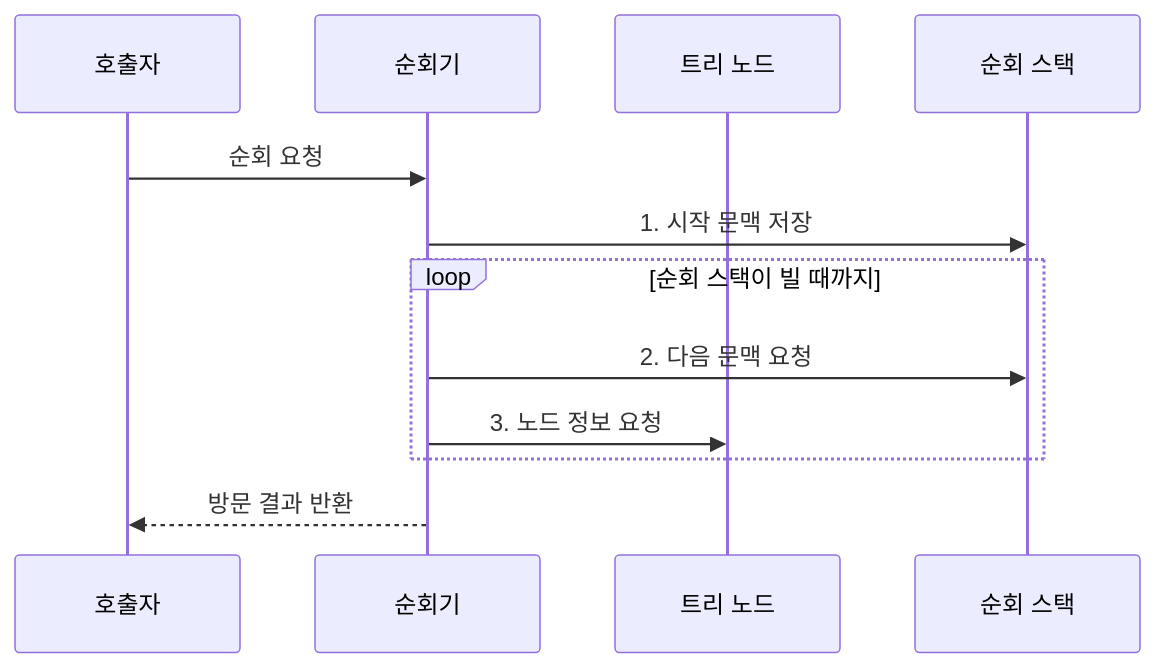
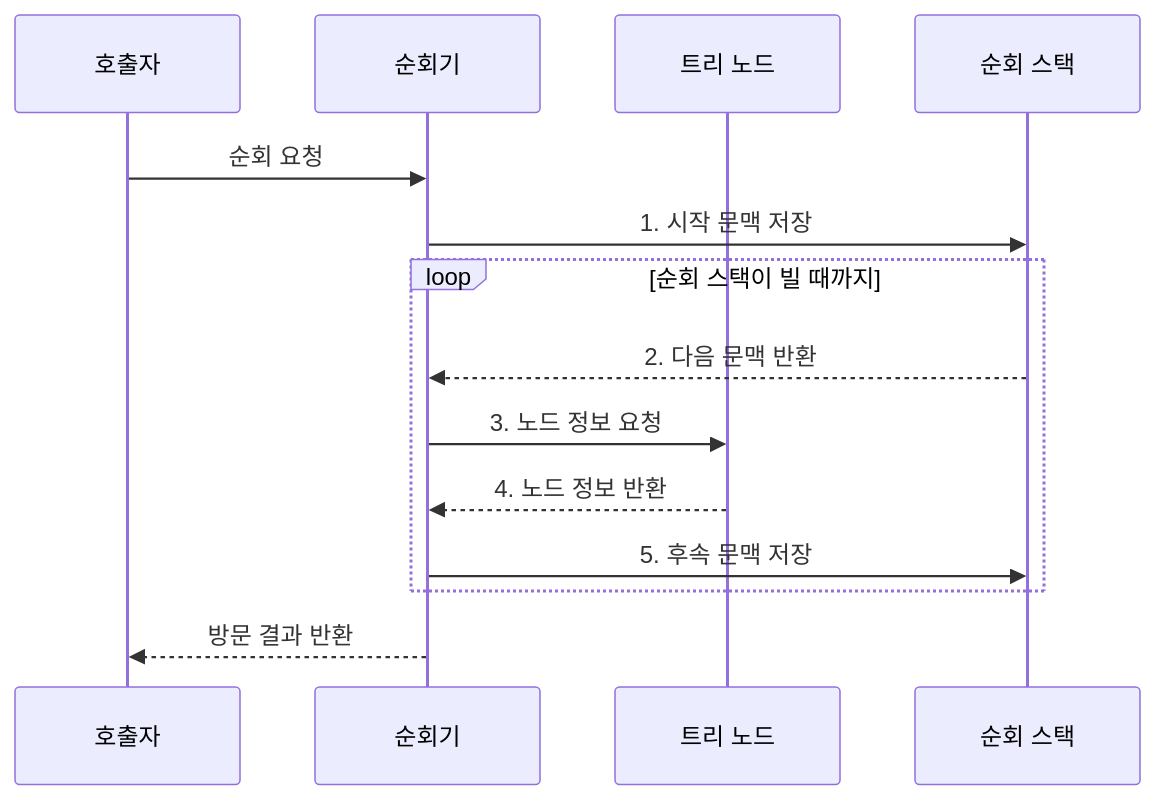
The second of 2 diagrams in src/content/docs/notes/01-basic-theory/009_binary_tree_traversal.md (agnusdei1207/knowledge-base), drawn with Mermaid before and after one commit. The commit also changed other lines of this file and 19 other files, not shown here.

````diff
--- a/src/content/docs/notes/01-basic-theory/009_binary_tree_traversal.md
+++ b/src/content/docs/notes/01-basic-theory/009_binary_tree_traversal.md
@@ -86,14 +86,16 @@
 ```mermaid
 sequenceDiagram
     participant Q as 호출자
     participant V as 순회기
     participant N as 트리 노드
     participant S as 순회 스택
     Q->>V: 순회 요청
     V->>S: 1. 시작 문맥 저장
     loop 순회 스택이 빌 때까지
-        V->>S: 2. 다음 문맥 요청
+        S-->>V: 2. 다음 문맥 반환
         V->>N: 3. 노드 정보 요청
+        N-->>V: 4. 노드 정보 반환
+        V->>S: 5. 후속 문맥 저장
     end
     V-->>Q: 방문 결과 반환
 ```
````
